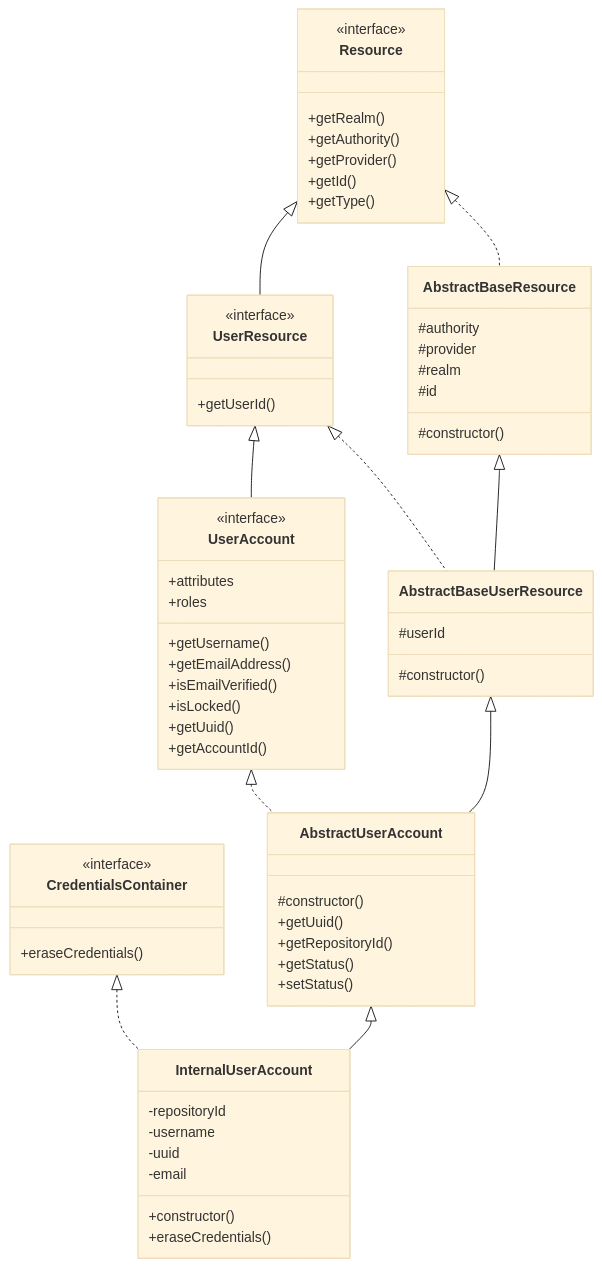
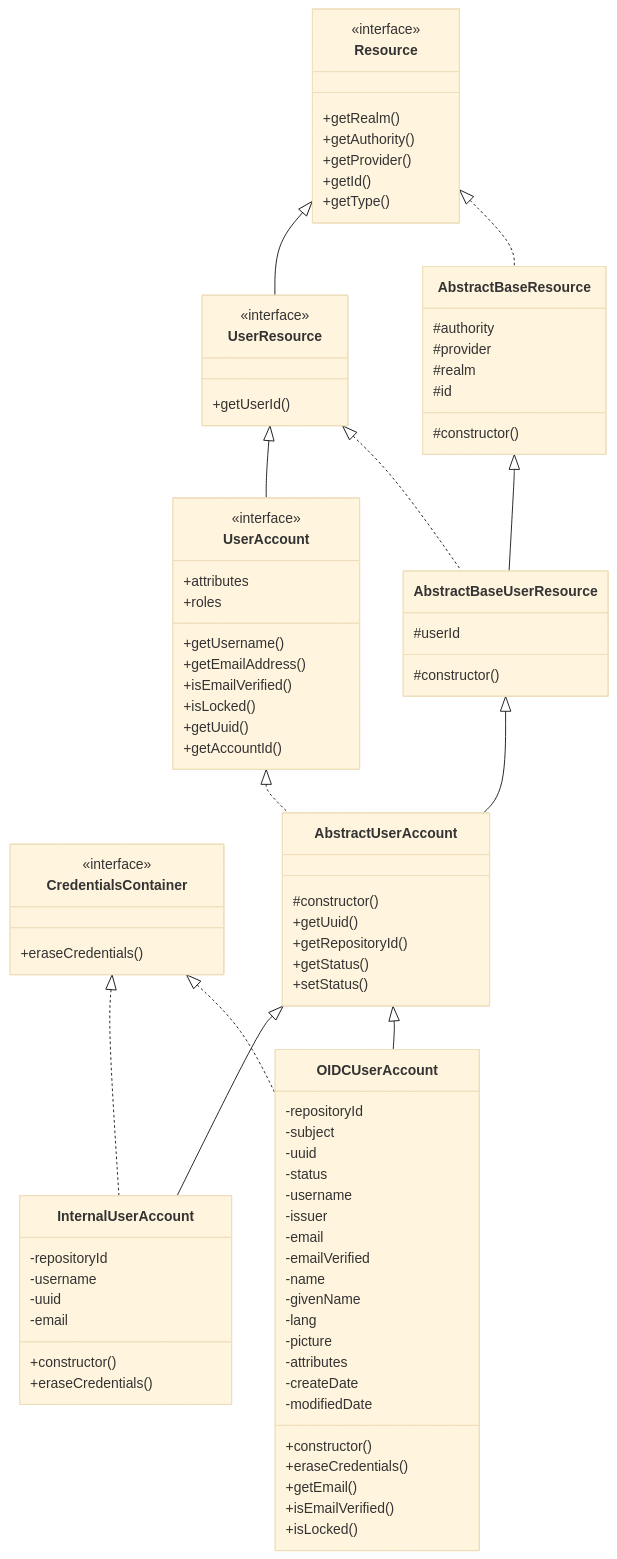
The second of 3 diagrams in docs/06-Diagrams/auth-class-diagram.md (RickdoMasco/AAC), drawn with Mermaid (base theme) before and after one commit. The commit also changed other lines of this file and 8 other files, not shown here.

First line of the commit message:
docs(diagrams): update auth class diagrams and reorganize structure

````diff
--- a/docs/06-Diagrams/auth-class-diagram.md
+++ b/docs/06-Diagrams/auth-class-diagram.md
@@ -89,6 +91,8 @@
         +getStatus()
         +setStatus() 
     }
+
+    %% === Internal ===
     class InternalUserAccount { 
         -repositoryId
         -username
@@ -96,6 +100,30 @@
         -email
         +constructor()
         +eraseCredentials() 
+    }
+
+    %% === OIDC) ===
+    class OIDCUserAccount {
+        -repositoryId
+        -subject
+        -uuid
+        -status
+        -username
+        -issuer
+        -email
+        -emailVerified
+        -name
+        -givenName
+        -lang
+        -picture
+        -attributes
+        -createDate
+        -modifiedDate
+        +constructor()
+        +eraseCredentials()
+        +getEmail()
+        +isEmailVerified()
+        +isLocked()
     }
 
     %% Ereditarietà e Implementazioni
@@ -107,6 +135,8 @@
     AbstractBaseUserResource <|-- AbstractUserAccount
     UserAccount <|.. AbstractUserAccount
     AbstractUserAccount <|-- InternalUserAccount
+    AbstractUserAccount <|-- OIDCUserAccount
     CredentialsContainer <|.. InternalUserAccount
+    CredentialsContainer <|.. OIDCUserAccount
 
 ```
````
